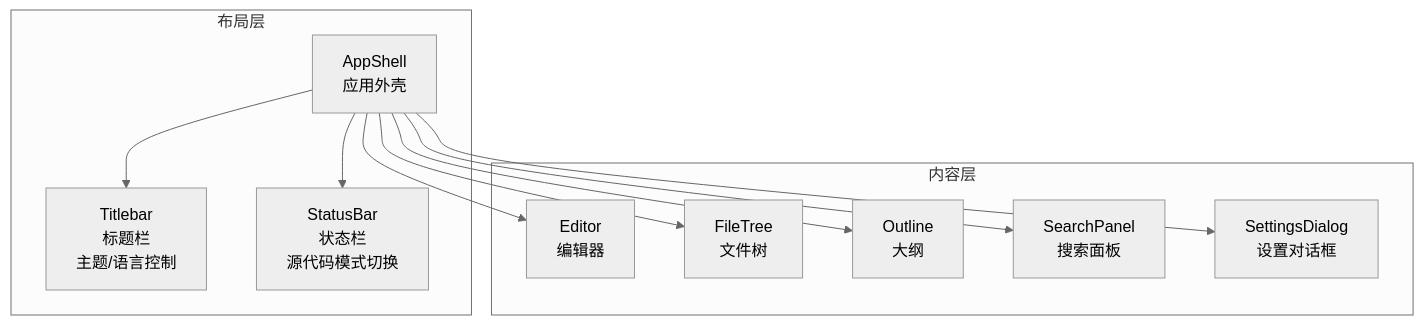
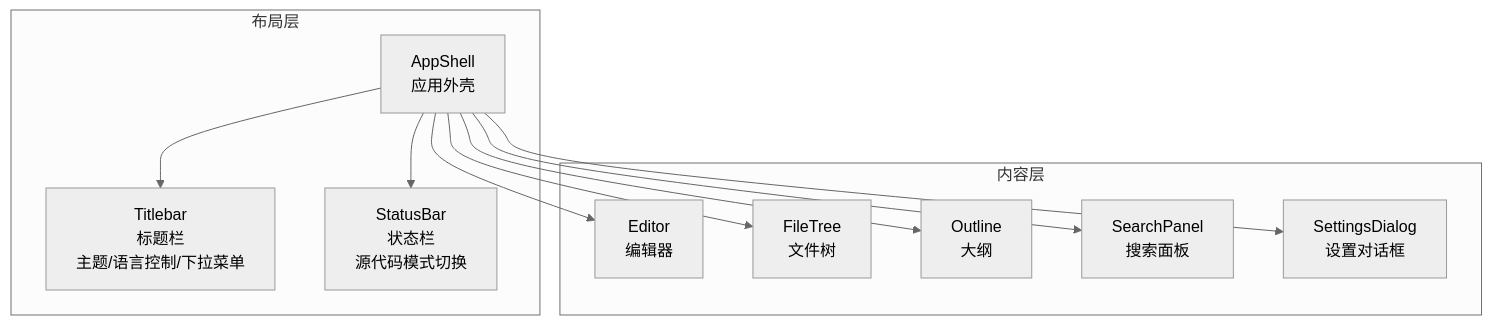
One commit to gongshiyun/ZenNote changed the first of 4 diagrams in .qoder/repowiki/zh/content/布局系统.md. Above: the diagram before and after it, drawn with Mermaid (neutral theme). The commit also changed other lines of this file and 8 other files, not shown here.

````diff
--- a/.qoder/repowiki/zh/content/布局系统.md
+++ b/.qoder/repowiki/zh/content/布局系统.md
@@ -55,22 +53,22 @@
 ```mermaid
 graph TB
 subgraph "布局层"
 AppShell["AppShell<br/>应用外壳"]
-Titlebar["Titlebar<br/>标题栏<br/>主题/语言控制"]
+Titlebar["Titlebar<br/>标题栏<br/>主题/语言控制/下拉菜单"]
 StatusBar["StatusBar<br/>状态栏<br/>源代码模式切换"]
 end
 subgraph "内容层"
 Editor["Editor<br/>编辑器"]
 FileTree["FileTree<br/>文件树"]
 Outline["Outline<br/>大纲"]
 SearchPanel["SearchPanel<br/>搜索面板"]
 SettingsDialog["SettingsDialog<br/>设置对话框"]
 end
 AppShell --> Titlebar
 AppShell --> StatusBar
 AppShell --> Editor
 AppShell --> FileTree
 AppShell --> Outline
 AppShell --> SearchPanel
 AppShell --> SettingsDialog
 ```
````
